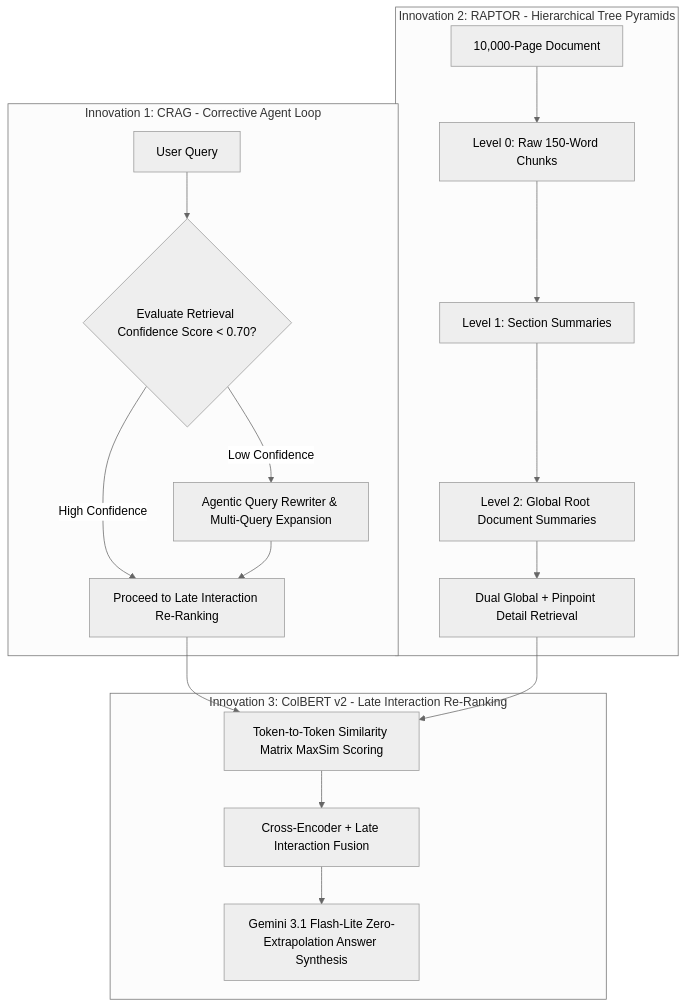
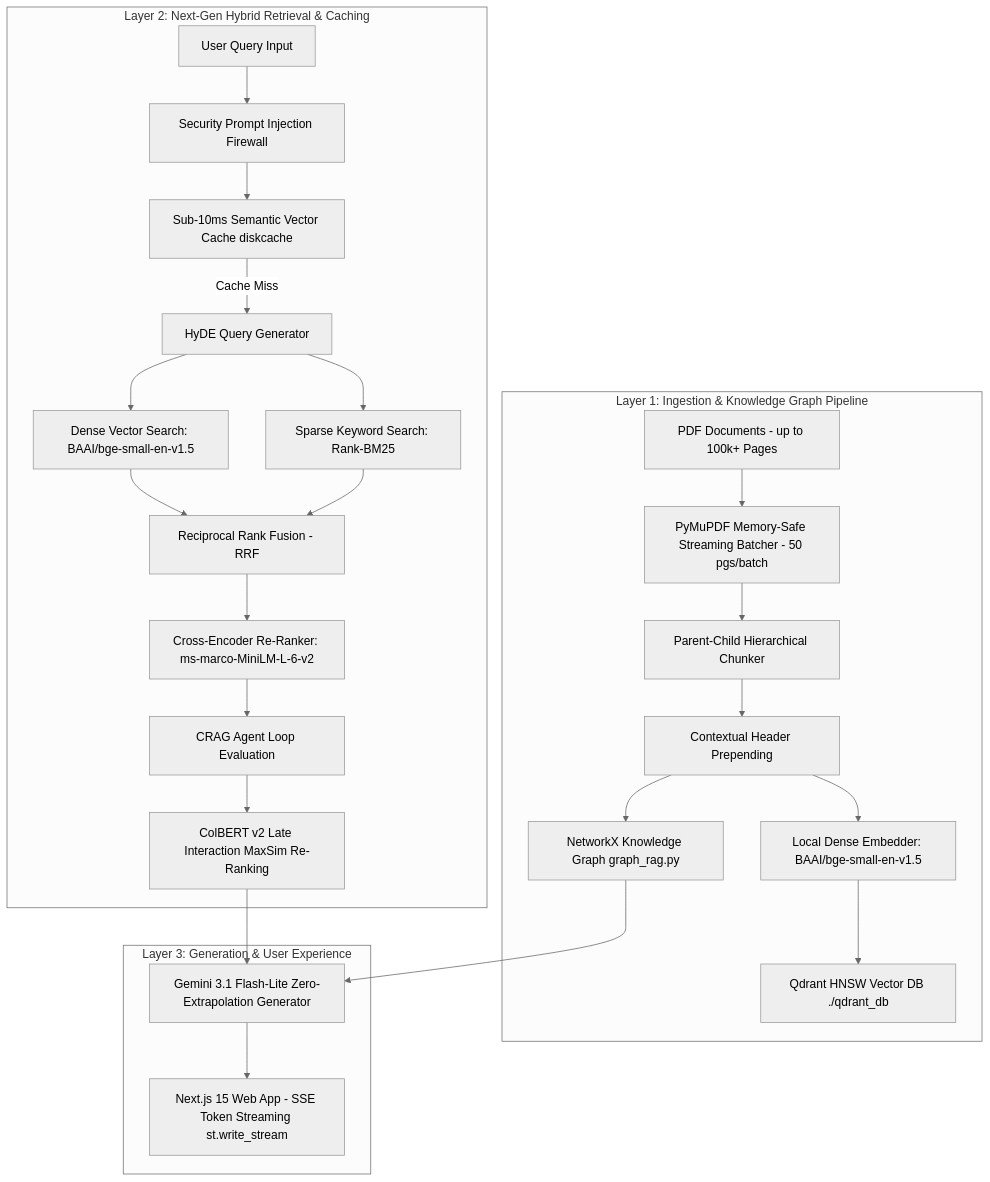
One commit to AkhilBaja3005/custom-rag changed the diagram in README.md. Above: the diagram before and after it, drawn with Mermaid (neutral theme). The commit also changed other lines of this file, not shown here.

Commit message:
Expand README.md with comprehensive technical documentation, architecture diagrams, API specs, and Next-Gen feature details

````diff
--- a/README.md
+++ b/README.md
@@ -13,22 +27,28 @@
 ```mermaid
 flowchart TD
-    subgraph Innovation 1: CRAG - Corrective Agent Loop
-        A[User Query] --> B{Evaluate Retrieval Confidence Score < 0.70?}
-        B -- Low Confidence --> C[Agentic Query Rewriter & Multi-Query Expansion]
-        B -- High Confidence --> D[Proceed to Late Interaction Re-Ranking]
-        C --> D
+    subgraph Layer 1: Ingestion & Knowledge Graph Pipeline
+        A[PDF Documents - up to 100k+ Pages] --> B[PyMuPDF Memory-Safe Streaming Batcher - 50 pgs/batch]
+        B --> C[Parent-Child Hierarchical Chunker]
+        C --> D[Contextual Header Prepending]
+        D --> E[Local Dense Embedder: BAAI/bge-small-en-v1.5]
+        D --> F[NetworkX Knowledge Graph graph_rag.py]
+        E --> G[Qdrant HNSW Vector DB ./qdrant_db]
     end
 
-    subgraph Innovation 2: RAPTOR - Hierarchical Tree Pyramids
-        E[10,000-Page Document] --> F[Level 0: Raw 150-Word Chunks]
-        F --> G[Level 1: Section Summaries]
-        G --> H[Level 2: Global Root Document Summaries]
-        H --> I[Dual Global + Pinpoint Detail Retrieval]
+    subgraph Layer 2: Next-Gen Hybrid Retrieval & Caching
+        H[User Query Input] --> I[Security Prompt Injection Firewall]
+        I --> J[Sub-10ms Semantic Vector Cache diskcache]
+        J -- Cache Miss --> K[HyDE Query Generator]
+        K --> L[Dense Vector Search: BAAI/bge-small-en-v1.5]
+        K --> M[Sparse Keyword Search: Rank-BM25]
+        L & M --> N[Reciprocal Rank Fusion - RRF]
+        N --> O[Cross-Encoder Re-Ranker: ms-marco-MiniLM-L-6-v2]
+        O --> P[CRAG Agent Loop Evaluation]
+        P --> Q[ColBERT v2 Late Interaction MaxSim Re-Ranking]
     end
 
-    subgraph Innovation 3: ColBERT v2 - Late Interaction Re-Ranking
-        D & I --> J[Token-to-Token Similarity Matrix MaxSim Scoring]
-        J --> K[Cross-Encoder + Late Interaction Fusion]
-        K --> L[Gemini 3.1 Flash-Lite Zero-Extrapolation Answer Synthesis]
+    subgraph Layer 3: Generation & User Experience
+        Q & F --> R[Gemini 3.1 Flash-Lite Zero-Extrapolation Generator]
+        R --> S[Next.js 15 Web App - SSE Token Streaming st.write_stream]
     end
 ```
````
